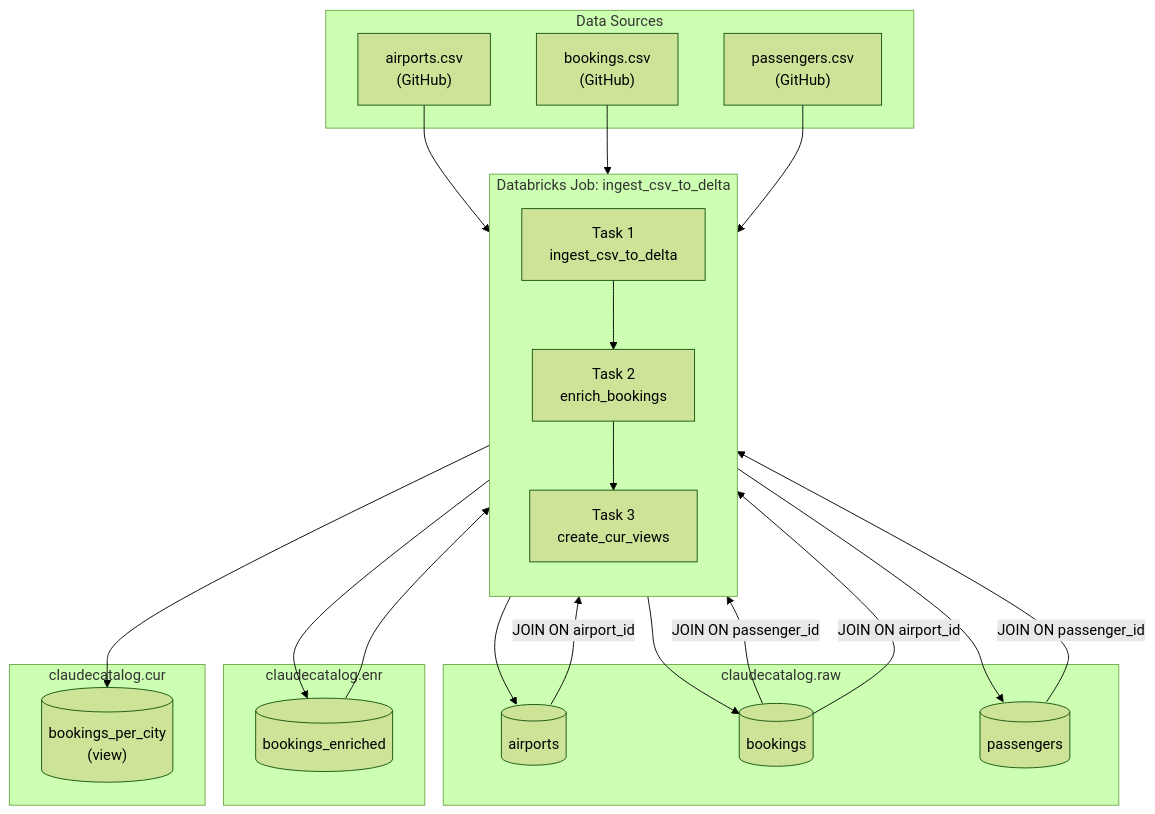
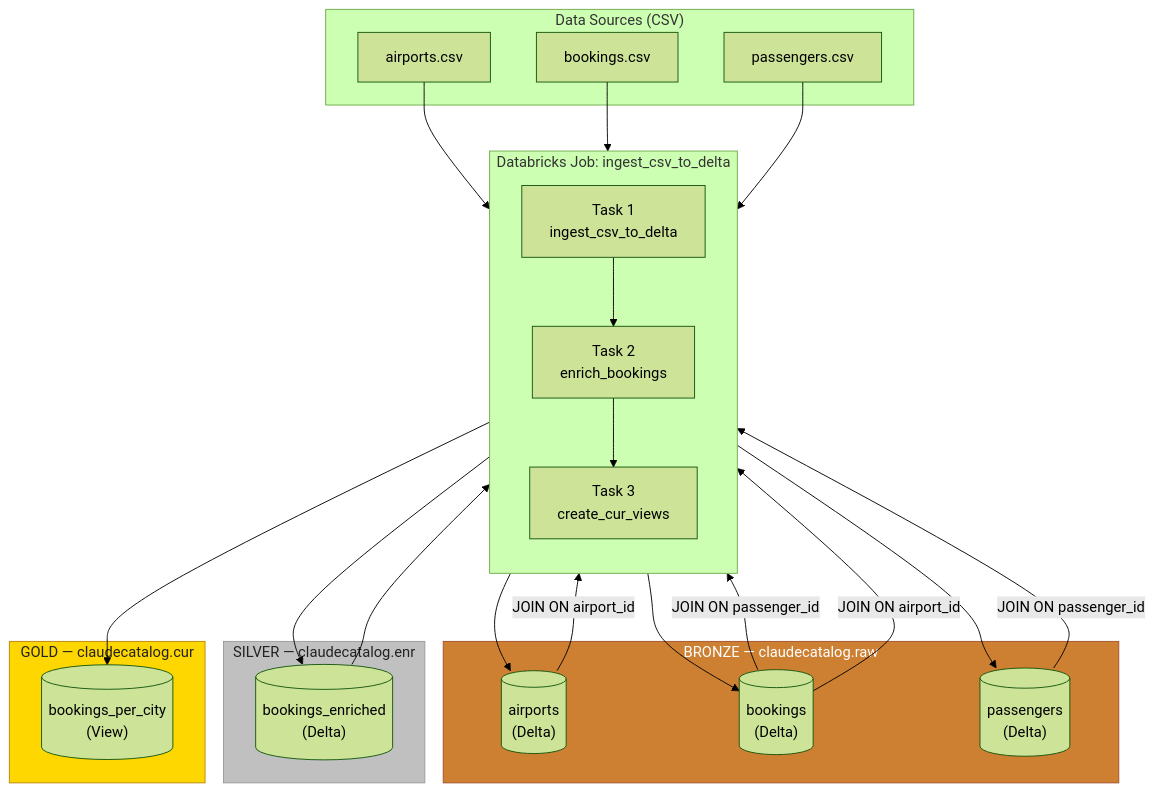
Before and after one commit to rajeluqman/databricks-cc: the diagram in README.md, drawn with Mermaid (forest theme). The commit also changed other lines of this file, not shown here.

Commit message:
Fix README: proper Medallion Architecture with Bronze/Silver/Gold layers

````diff
--- a/README.md
+++ b/README.md
@@ -9,42 +9,49 @@
 ```mermaid
 flowchart TD
-    subgraph Sources["Data Sources"]
-        A1["airports.csv\n(GitHub)"]
-        A2["bookings.csv\n(GitHub)"]
-        A3["passengers.csv\n(GitHub)"]
+    subgraph Sources["Data Sources (CSV)"]
+        A1["airports.csv"]
+        A2["bookings.csv"]
+        A3["passengers.csv"]
     end
 
     subgraph Job["Databricks Job: ingest_csv_to_delta"]
         direction TB
         T1["Task 1\ningest_csv_to_delta"]
         T2["Task 2\nenrich_bookings"]
         T3["Task 3\ncreate_cur_views"]
         T1 --> T2 --> T3
     end
 
-    subgraph RAW["claudecatalog.raw"]
-        R1[("airports")]
-        R2[("bookings")]
-        R3[("passengers")]
+    subgraph BRONZE["BRONZE — claudecatalog.raw"]
+        R1[("airports\n(Delta)")]
+        R2[("bookings\n(Delta)")]
+        R3[("passengers\n(Delta)")]
     end
 
-    subgraph ENR["claudecatalog.enr"]
-        E1[("bookings_enriched")]
+    subgraph SILVER["SILVER — claudecatalog.enr"]
+        E1[("bookings_enriched\n(Delta)")]
     end
 
-    subgraph CUR["claudecatalog.cur"]
-        C1[("bookings_per_city\n(view)")]
+    subgraph GOLD["GOLD — claudecatalog.cur"]
+        C1[("bookings_per_city\n(View)")]
     end
 
     A1 --> T1
     A2 --> T1
     A3 --> T1
+
     T1 --> R1 & R2 & R3
+
     R2 -- "JOIN ON passenger_id" --> T2
     R3 -- "JOIN ON passenger_id" --> T2
-    R2 -- "JOIN ON airport_id" --> T2
-    R1 -- "JOIN ON airport_id" --> T2
+    R2 -- "JOIN ON airport_id"   --> T2
+    R1 -- "JOIN ON airport_id"   --> T2
+
     T2 --> E1
     E1 --> T3
     T3 --> C1
+
+    style BRONZE fill:#cd7f32,color:#fff,stroke:#a0522d
+    style SILVER fill:#c0c0c0,color:#222,stroke:#999
+    style GOLD   fill:#ffd700,color:#222,stroke:#b8860b
 ```
````
